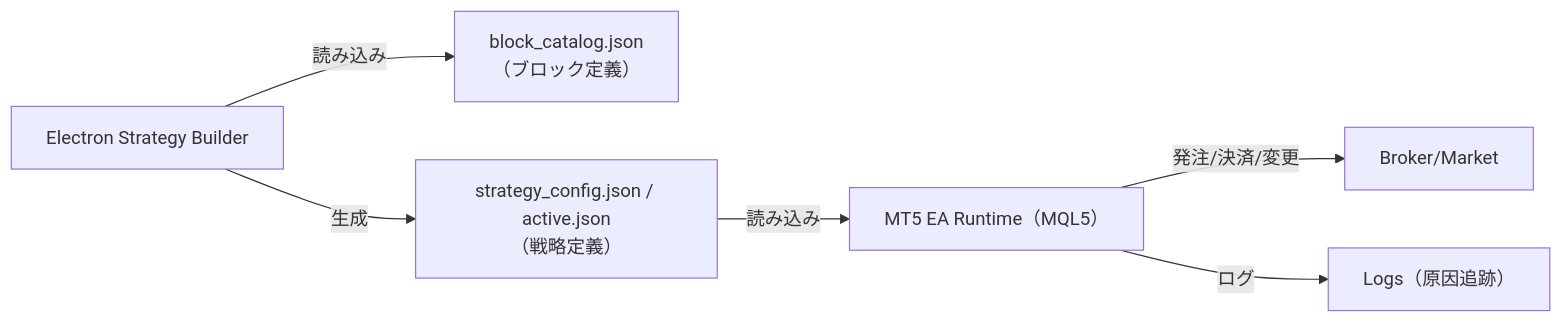
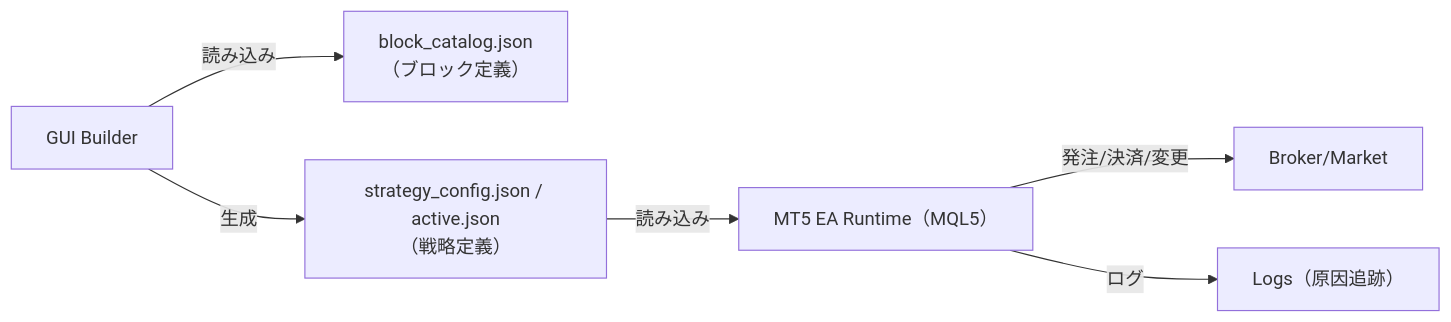
The first of 3 diagrams in docs/01_proposal/01_project_brief.md (tmaru-eng/strategy-bricks), drawn with Mermaid before and after one commit. The commit also changed other lines of this file and 6 other files, not shown here.

```diff
--- a/docs/01_proposal/01_project_brief.md
+++ b/docs/01_proposal/01_project_brief.md
@@ -71,8 +71,8 @@
 ~~~mermaid
 flowchart LR
-  GUI[Electron Strategy Builder] -->|読み込み| CAT[block_catalog.json<br/>（ブロック定義）]
+  GUI[GUI Builder] -->|読み込み| CAT[block_catalog.json<br/>（ブロック定義）]
   GUI -->|生成| CFG[strategy_config.json / active.json<br/>（戦略定義）]
   CFG -->|読み込み| EA[MT5 EA Runtime（MQL5）]
   EA -->|発注/決済/変更| MKT[Broker/Market]
   EA -->|ログ| LOG[Logs（原因追跡）]
 ~~~
```
